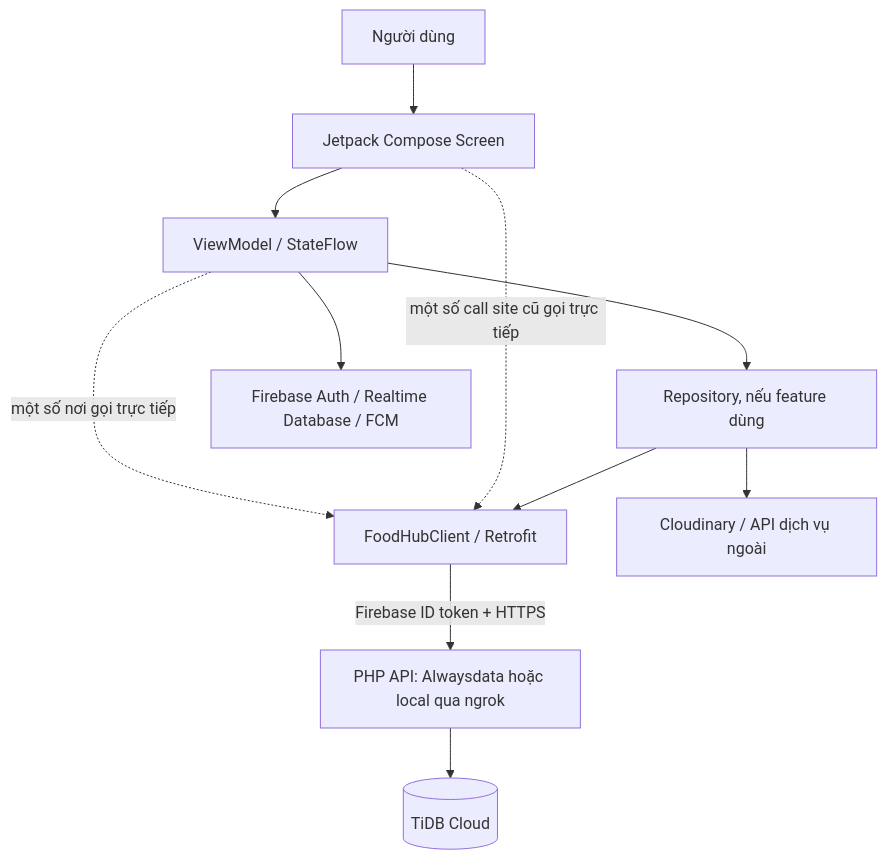
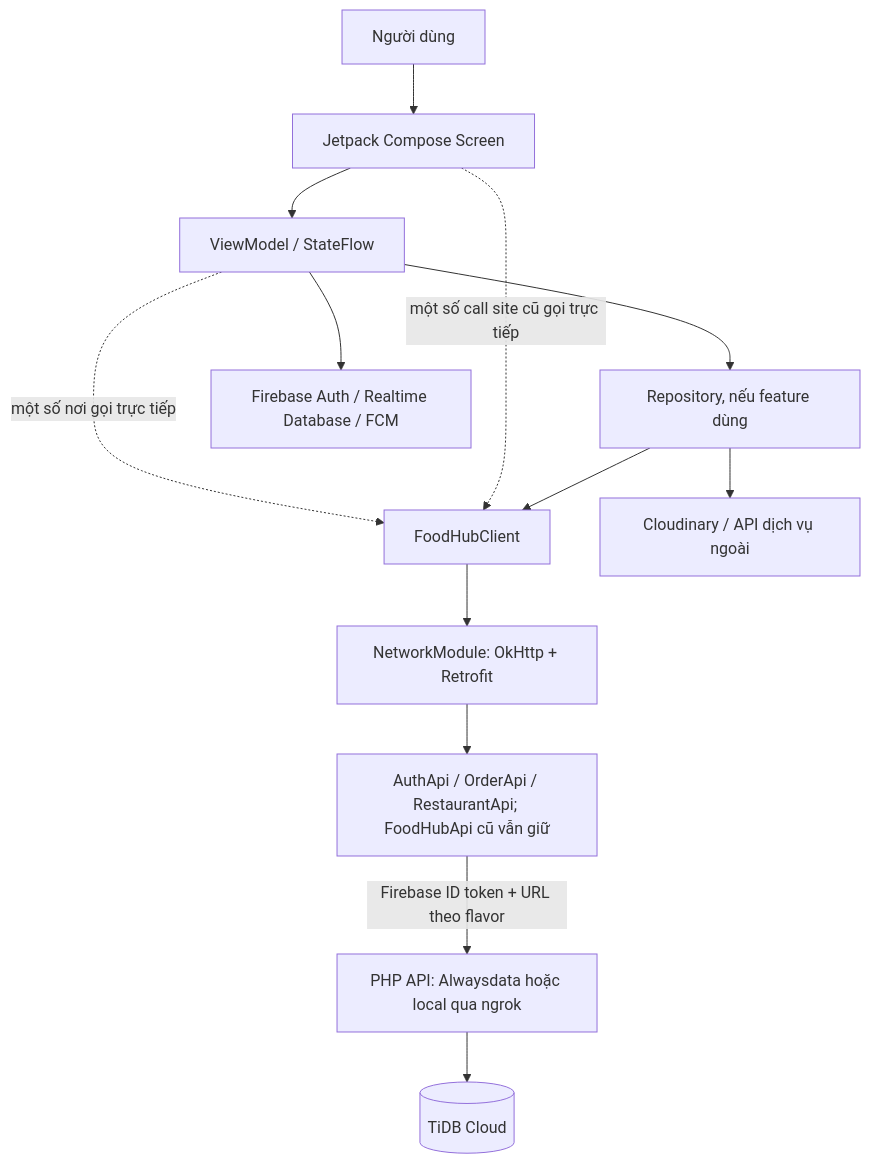
One commit to NgocAnh3042/DACS_3_Composer changed the first of 2 diagrams in docs/ANDROID_ARCHITECTURE.md. Above: the diagram before and after it, drawn with Mermaid. The commit also changed other lines of this file and 8 other files, not shown here.

Commit message:
refactor(network): centralize api client and service groups

````diff
--- a/docs/ANDROID_ARCHITECTURE.md
+++ b/docs/ANDROID_ARCHITECTURE.md
@@ -7,13 +7,15 @@
 ```mermaid
 flowchart TD
     User[Người dùng] --> Screen[Jetpack Compose Screen]
     Screen --> VM[ViewModel / StateFlow]
     VM --> Repo[Repository, nếu feature dùng]
-    VM -. một số nơi gọi trực tiếp .-> API[FoodHubClient / Retrofit]
-    Screen -. một số call site cũ gọi trực tiếp .-> API
-    Repo --> API
-    API -->|Firebase ID token + HTTPS| PHP[PHP API: Alwaysdata hoặc local qua ngrok]
+    VM -. một số nơi gọi trực tiếp .-> Client[FoodHubClient]
+    Screen -. một số call site cũ gọi trực tiếp .-> Client
+    Repo --> Client
+    Client --> Network[NetworkModule: OkHttp + Retrofit]
+    Network --> Groups[AuthApi / OrderApi / RestaurantApi; FoodHubApi cũ vẫn giữ]
+    Groups -->|Firebase ID token + URL theo flavor| PHP[PHP API: Alwaysdata hoặc local qua ngrok]
     PHP --> DB[(TiDB Cloud)]
     VM --> Firebase[Firebase Auth / Realtime Database / FCM]
     Repo --> External[Cloudinary / API dịch vụ ngoài]
 ```
````
